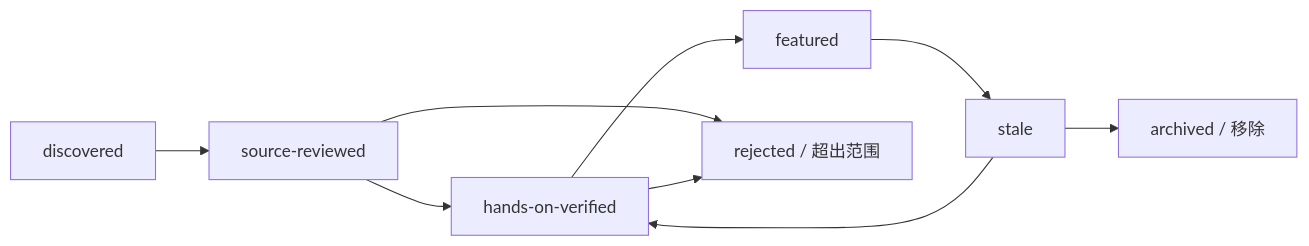
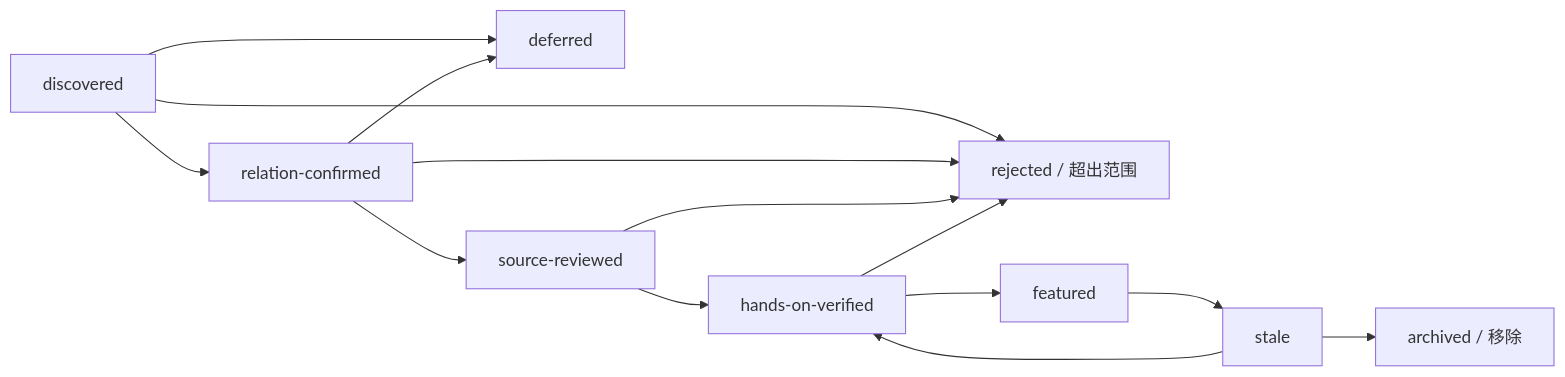
The diagram in docs/research/methodology.zh-CN.md (aaron-he-zhu/awesome-pi-agent-practices), drawn with Mermaid before and after one commit. The commit also changed other lines of this file and 22 other files, not shown here.

````diff
--- a/docs/research/methodology.zh-CN.md
+++ b/docs/research/methodology.zh-CN.md
@@ -92,11 +101,16 @@
 ```mermaid
 flowchart LR
-  Found["discovered"] --> Reviewed["source-reviewed"]
+  Found["discovered"] --> Related["relation-confirmed"]
+  Found --> Deferred["deferred"]
+  Found --> Rejected["rejected / 超出范围"]
+  Related --> Reviewed["source-reviewed"]
+  Related --> Deferred
+  Related --> Rejected
   Reviewed --> Trial["hands-on-verified"]
   Trial --> Featured["featured"]
-  Reviewed --> Rejected["rejected / 超出范围"]
+  Reviewed --> Rejected
   Trial --> Rejected
   Featured --> Stale["stale"]
   Stale --> Trial
   Stale --> Removed["archived / 移除"]
 ```
````
